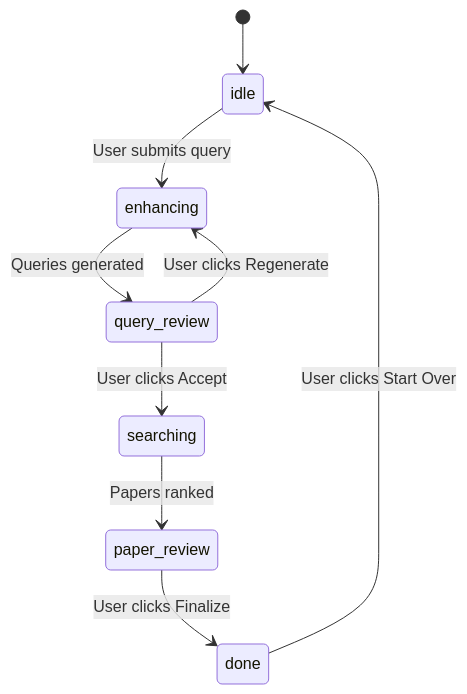
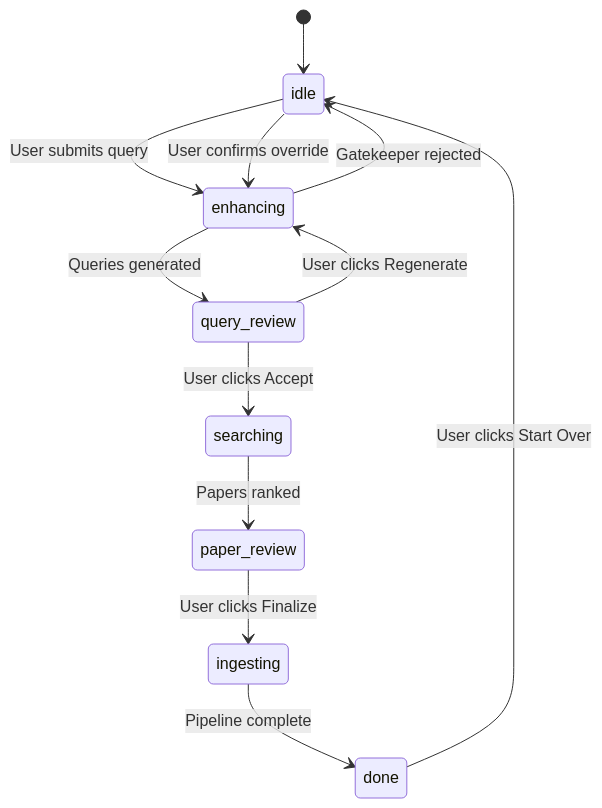
The fifth of 6 diagrams in Deliverables/ARCHITECTURE_DOCUMENTATION.md (simonthomae2001-spec/SmartScholar_Evaluation), drawn with Mermaid before and after one commit. The commit also changed other lines of this file, not shown here.

````diff
--- a/Deliverables/ARCHITECTURE_DOCUMENTATION.md
+++ b/Deliverables/ARCHITECTURE_DOCUMENTATION.md
@@ -682,11 +1228,14 @@
 ```mermaid
 stateDiagram-v2
     [*] --> idle
     idle --> enhancing: User submits query
     enhancing --> query_review: Queries generated
+    enhancing --> idle: Gatekeeper rejected
+    idle --> enhancing: User confirms override
     query_review --> enhancing: User clicks Regenerate
     query_review --> searching: User clicks Accept
     searching --> paper_review: Papers ranked
-    paper_review --> done: User clicks Finalize
+    paper_review --> ingesting: User clicks Finalize
+    ingesting --> done: Pipeline complete
     done --> idle: User clicks Start Over
 ```
````
